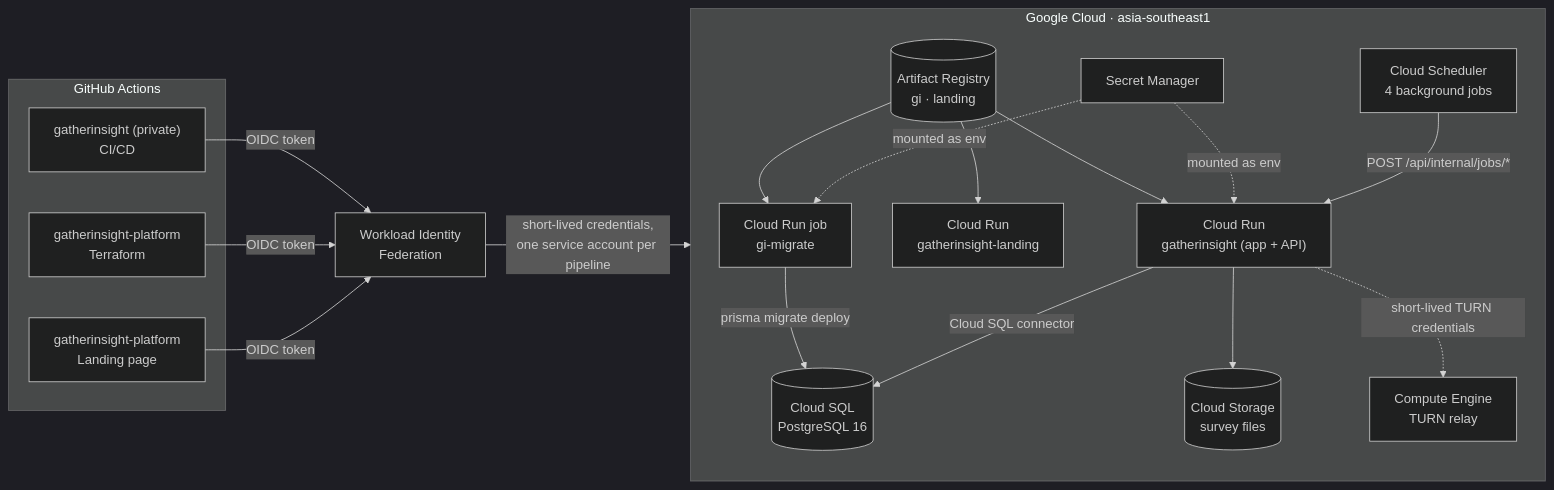
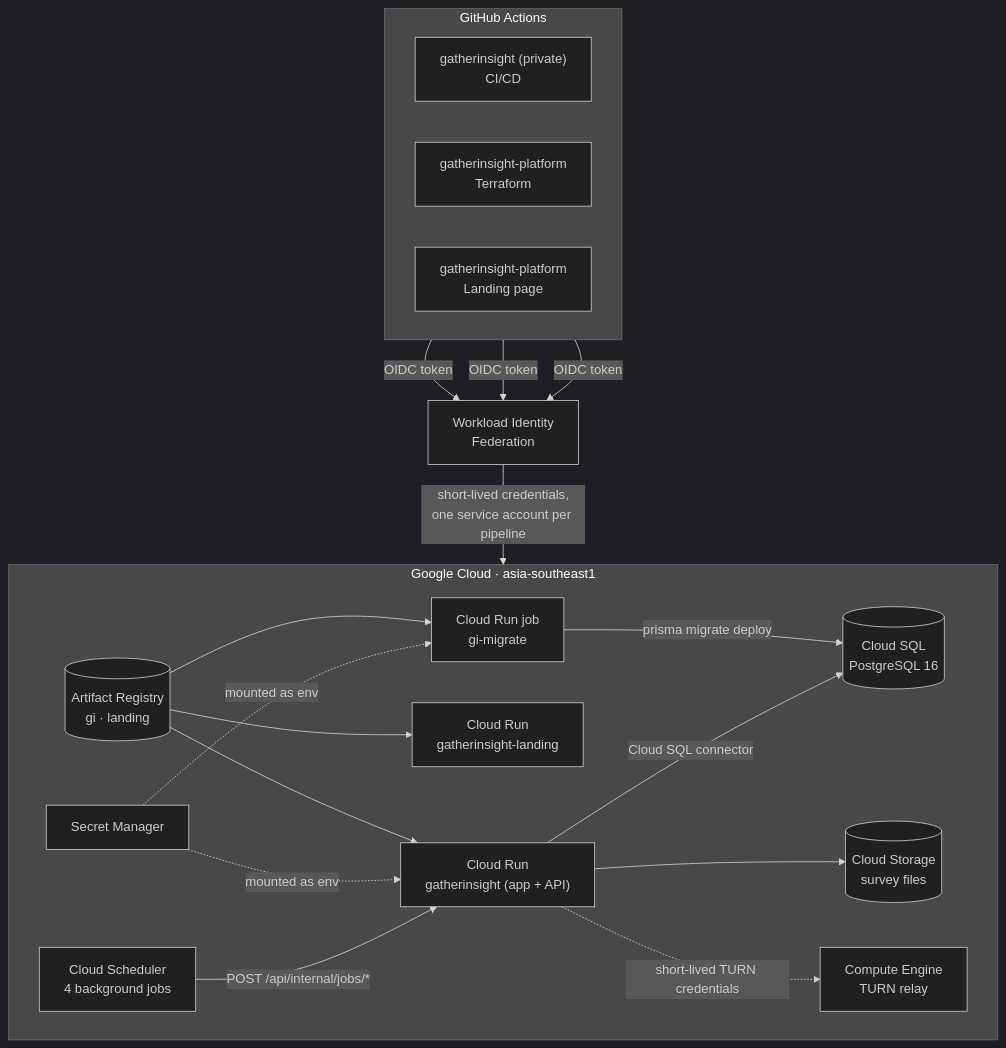
The first of 2 diagrams in README.md (baldan555/gatherinsight-platform), drawn with Mermaid (dark theme) before and after one commit.

Commit message:
Draw the architecture top to bottom so it reads at README width

````diff
--- a/README.md
+++ b/README.md
@@ -23,31 +23,32 @@
 ```mermaid
-flowchart LR
+flowchart TB
   subgraph gh["GitHub Actions"]
+    direction LR
     app["gatherinsight (private)<br/>CI/CD"]
     tf["gatherinsight-platform<br/>Terraform"]
     lp["gatherinsight-platform<br/>Landing page"]
   end
 
   app & tf & lp -->|OIDC token| wif["Workload Identity<br/>Federation"]
   wif -->|"short-lived credentials,<br/>one service account per pipeline"| gcp
 
   subgraph gcp["Google Cloud · asia-southeast1"]
     ar[("Artifact Registry<br/>gi · landing")]
     run["Cloud Run<br/>gatherinsight (app + API)"]
     landing["Cloud Run<br/>gatherinsight-landing"]
     job["Cloud Run job<br/>gi-migrate"]
     sql[("Cloud SQL<br/>PostgreSQL 16")]
     gcs[("Cloud Storage<br/>survey files")]
     sm["Secret Manager"]
     sch["Cloud Scheduler<br/>4 background jobs"]
     turn["Compute Engine<br/>TURN relay"]
   end
 
   ar --> run & landing & job
   job -->|prisma migrate deploy| sql
   run -->|Cloud SQL connector| sql
   run --> gcs
   sm -.->|mounted as env| run & job
   sch -->|"POST /api/internal/jobs/*"| run
   run -.->|short-lived TURN credentials| turn
 ```
````
